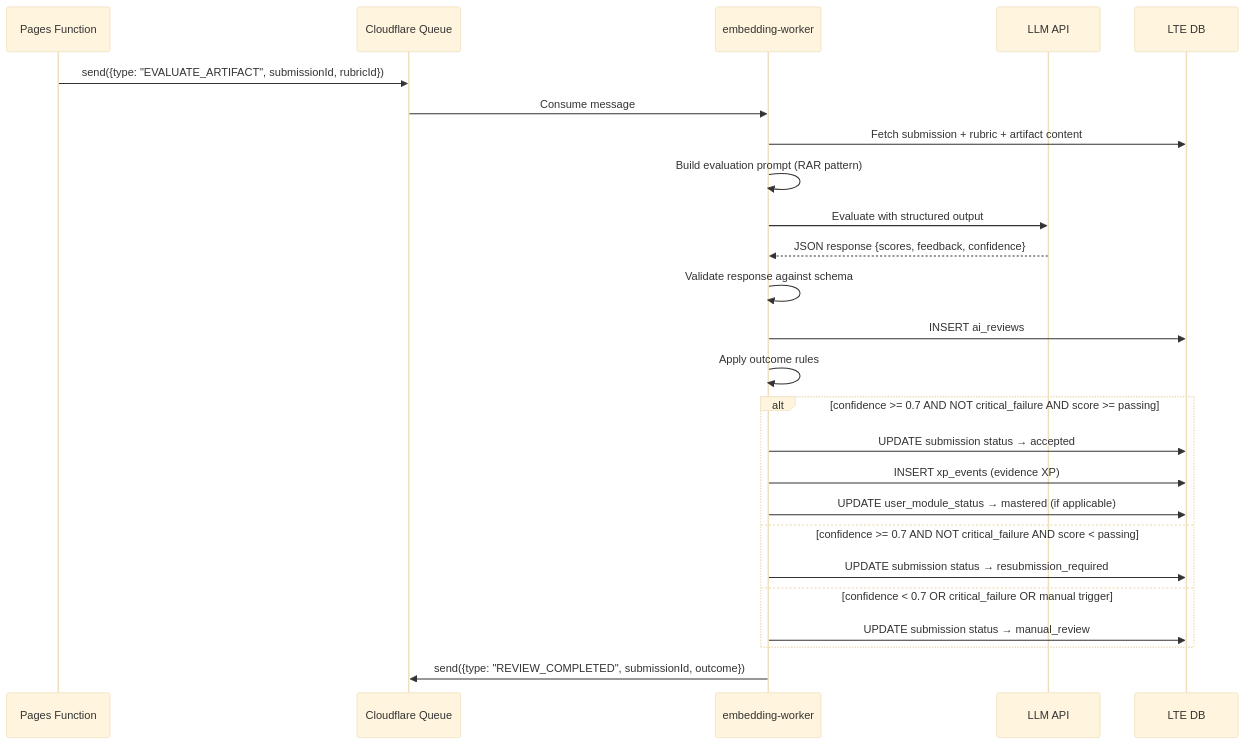
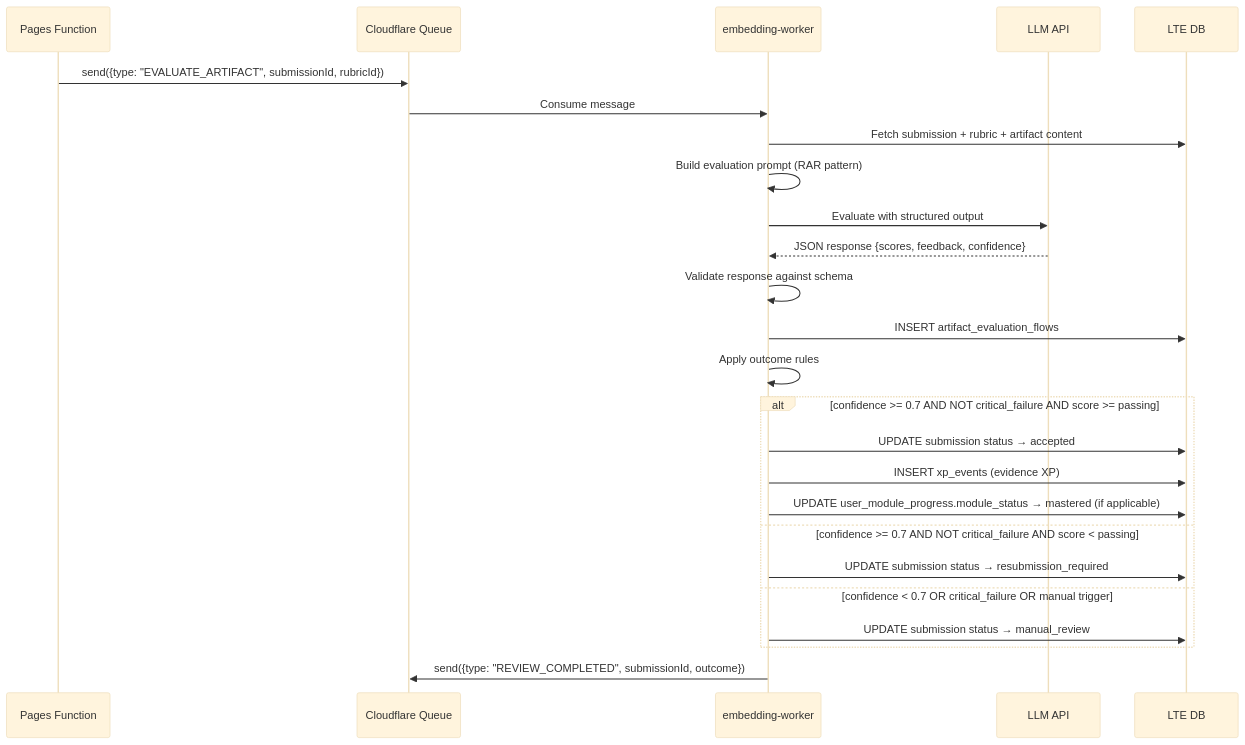
One commit to Rareminds-eym/lte changed the fifth of 7 diagrams in LTE_3_Week_MVP_TRD_v.1.md. Above: the diagram before and after it, drawn with Mermaid (base theme). The commit also changed other lines of this file, not shown here.

Commit message:
refactor: update architecture diagram and cleanup database schema documentation for the LTE MVP TRD

````diff
--- a/LTE_3_Week_MVP_TRD_v.1.md
+++ b/LTE_3_Week_MVP_TRD_v.1.md
@@ -1357,30 +1225,30 @@
 ```mermaid
 sequenceDiagram
     participant API as Pages Function
     participant Q as Cloudflare Queue
     participant AI as embedding-worker
     participant LLM as LLM API
     participant DB as LTE DB
 
     API->>Q: send({type: "EVALUATE_ARTIFACT", submissionId, rubricId})
     Q->>AI: Consume message
     AI->>DB: Fetch submission + rubric + artifact content
     AI->>AI: Build evaluation prompt (RAR pattern)
     AI->>LLM: Evaluate with structured output
     LLM-->>AI: JSON response {scores, feedback, confidence}
     AI->>AI: Validate response against schema
-    AI->>DB: INSERT ai_reviews
+    AI->>DB: INSERT artifact_evaluation_flows
     AI->>AI: Apply outcome rules
     
     alt confidence >= 0.7 AND NOT critical_failure AND score >= passing
         AI->>DB: UPDATE submission status → accepted
         AI->>DB: INSERT xp_events (evidence XP)
-        AI->>DB: UPDATE user_module_status → mastered (if applicable)
+        AI->>DB: UPDATE user_module_progress.module_status → mastered (if applicable)
     else confidence >= 0.7 AND NOT critical_failure AND score < passing
         AI->>DB: UPDATE submission status → resubmission_required
     else confidence < 0.7 OR critical_failure OR manual trigger
         AI->>DB: UPDATE submission status → manual_review
     end
     
     AI->>Q: send({type: "REVIEW_COMPLETED", submissionId, outcome})
 ```
````
